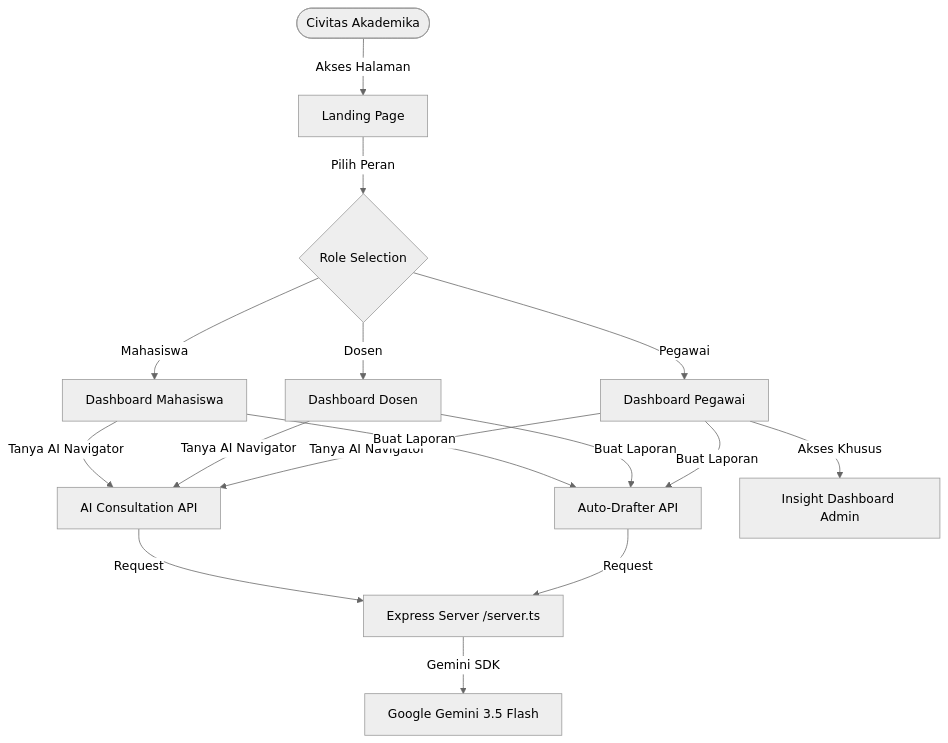
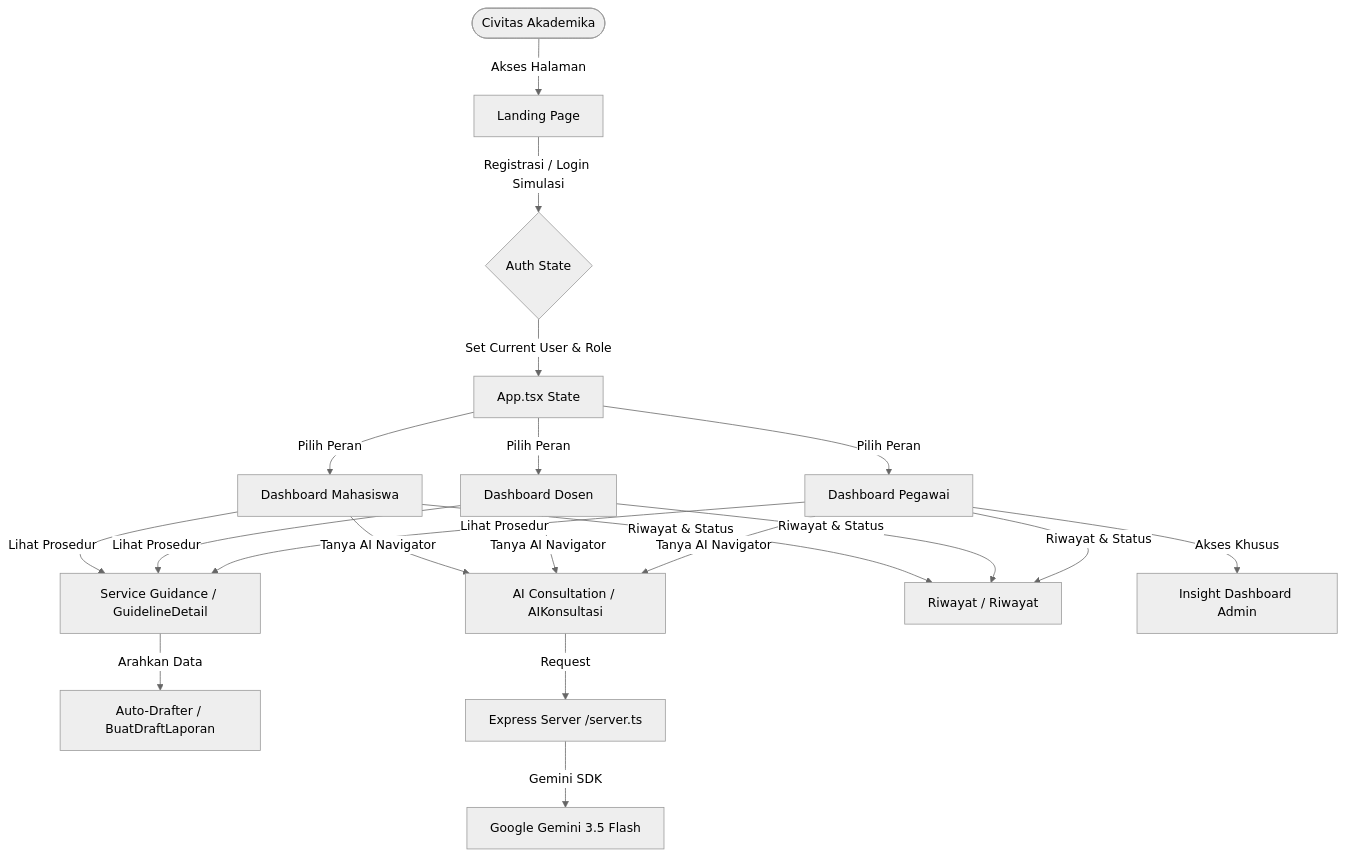
One commit to hanif-12-01/Bandung-part-2 changed the diagram in DOKUMENTASI.md. Above: the diagram before and after it, drawn with Mermaid (neutral theme). The commit also changed other lines of this file and 1 other file, not shown here.

Commit message:
docs: update README.md and DOKUMENTASI.md with latest features, state management, and demo flow

````diff
--- a/DOKUMENTASI.md
+++ b/DOKUMENTASI.md
@@ -13,16 +13,18 @@
 ```mermaid
 graph TD
     User([Civitas Akademika]) -->|Akses Halaman| LP[Landing Page]
-    LP -->|Pilih Peran| RoleSelect{Role Selection}
-    RoleSelect -->|Mahasiswa| DH_M[Dashboard Mahasiswa]
-    RoleSelect -->|Dosen| DH_D[Dashboard Dosen]
-    RoleSelect -->|Pegawai| DH_P[Dashboard Pegawai]
+    LP -->|Registrasi / Login Simulasi| Auth{Auth State}
+    Auth -->|Set Current User & Role| AppState[App.tsx State]
+    AppState -->|Pilih Peran| DH_M[Dashboard Mahasiswa]
+    AppState -->|Pilih Peran| DH_D[Dashboard Dosen]
+    AppState -->|Pilih Peran| DH_P[Dashboard Pegawai]
 
-    DH_M & DH_D & DH_P -->|Tanya AI Navigator| AI[AI Consultation API]
-    DH_M & DH_D & DH_P -->|Buat Laporan| AD[Auto-Drafter API]
+    DH_M & DH_D & DH_P -->|Tanya AI Navigator| AI[AI Consultation / AIKonsultasi]
+    DH_M & DH_D & DH_P -->|Lihat Prosedur| GD[Service Guidance / GuidelineDetail]
+    GD -->|Arahkan Data| AD[Auto-Drafter / BuatDraftLaporan]
+    DH_M & DH_D & DH_P -->|Riwayat & Status| RW[Riwayat / Riwayat]
     DH_P -->|Akses Khusus| ID[Insight Dashboard Admin]
 
     AI -->|Request| Server[Express Server /server.ts]
-    AD -->|Request| Server
     Server -->|Gemini SDK| GeminiAI[Google Gemini 3.5 Flash]
 ```
````
